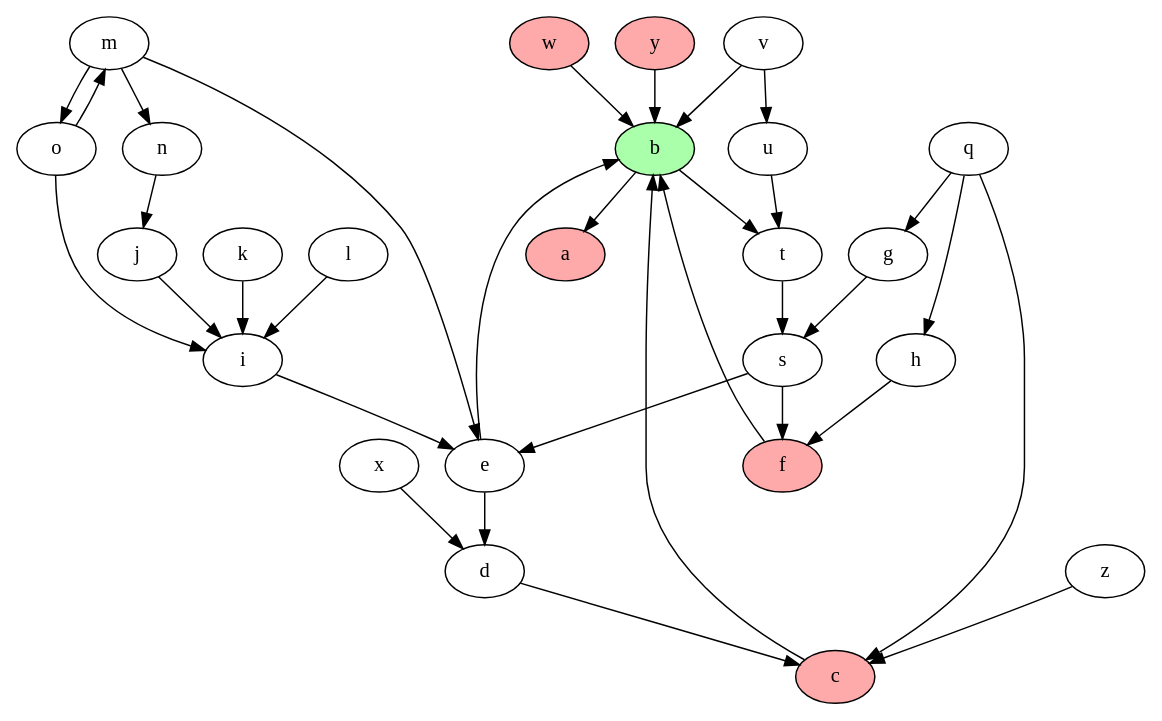
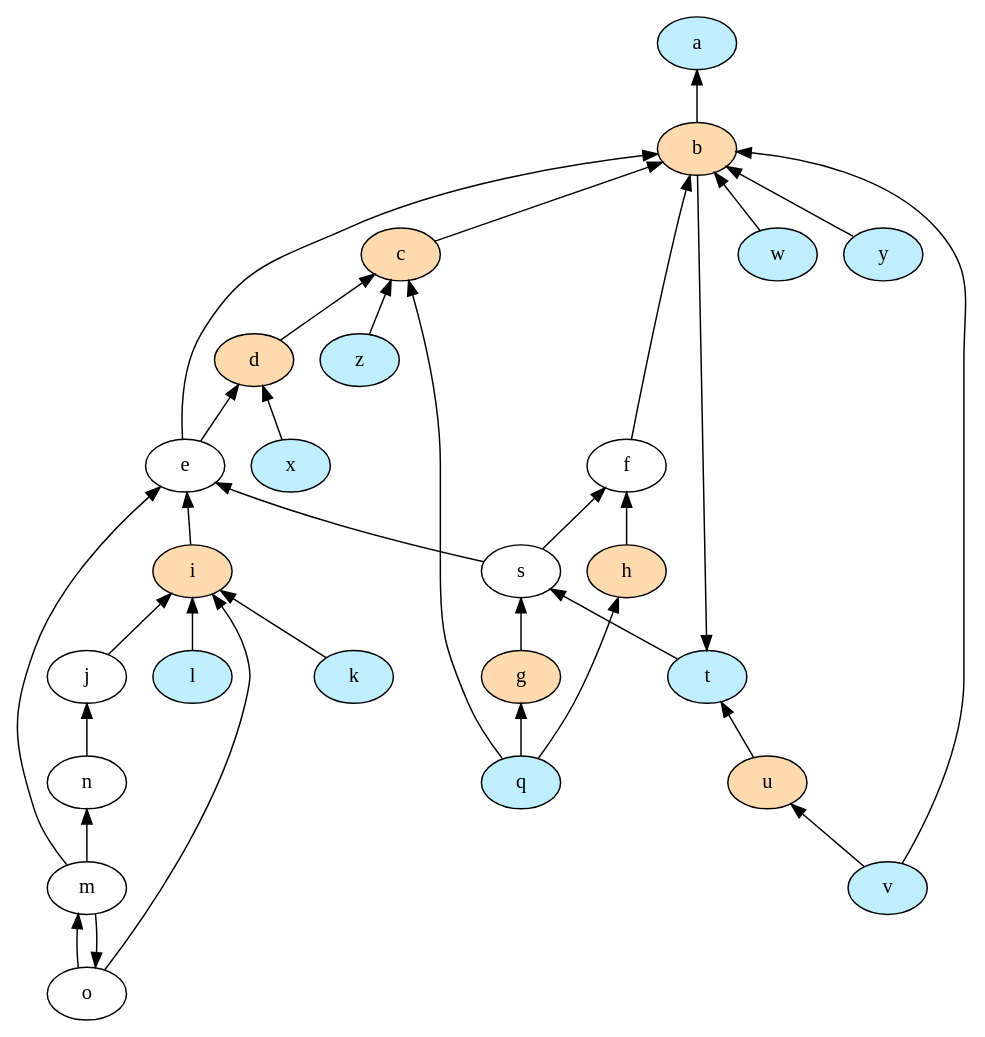
The diagram in XLoKR-2023/2-Statelog_version/output/state_1.2_graph.dot (idaks/Games-and-Argumentation), drawn with Graphviz before and after one commit. The commit also changed 25 other files, not shown here.

Commit message:
fix the input graph

```diff
--- a/XLoKR-2023/2-Statelog_version/output/state_1.2_graph.dot
+++ b/XLoKR-2023/2-Statelog_version/output/state_1.2_graph.dot
@@ -1,46 +1,68 @@
 strict digraph "" {
-	b	[fillcolor="#AAFFAA",
+	a	[fillcolor="#bfefff",
 		style=filled];
-	a	[fillcolor="#FFAAAA",
+	b	[fillcolor="#ffdaaf",
 		style=filled];
-	b -> a	[dir=forward];
-	b -> t	[dir=forward];
-	t -> s	[dir=forward];
-	c	[fillcolor="#FFAAAA",
+	a -> b	[dir=back];
+	c	[fillcolor="#ffdaaf",
 		style=filled];
-	c -> b	[dir=forward];
-	d -> c	[dir=forward];
-	e -> b	[dir=forward];
-	e -> d	[dir=forward];
-	f	[fillcolor="#FFAAAA",
+	b -> c	[dir=back];
+	b -> e	[dir=back];
+	b -> f	[dir=back];
+	v	[fillcolor="#bfefff",
 		style=filled];
-	f -> b	[dir=forward];
-	g -> s	[dir=forward];
-	s -> e	[dir=forward];
-	s -> f	[dir=forward];
-	h -> f	[dir=forward];
-	i -> e	[dir=forward];
-	j -> i	[dir=forward];
-	k -> i	[dir=forward];
-	l -> i	[dir=forward];
-	m -> e	[dir=forward];
-	m -> o	[dir=forward];
-	m -> n	[dir=forward];
-	o -> i	[dir=forward];
-	o -> m	[dir=forward];
-	n -> j	[dir=forward];
-	q -> c	[dir=forward];
-	q -> g	[dir=forward];
-	q -> h	[dir=forward];
-	u -> t	[dir=forward];
-	v -> b	[dir=forward];
-	v -> u	[dir=forward];
-	w	[fillcolor="#FFAAAA",
+	b -> v	[dir=back];
+	w	[fillcolor="#bfefff",
 		style=filled];
-	w -> b	[dir=forward];
-	x -> d	[dir=forward];
-	y	[fillcolor="#FFAAAA",
+	b -> w	[dir=back];
+	y	[fillcolor="#bfefff",
 		style=filled];
-	y -> b	[dir=forward];
-	z -> c	[dir=forward];
+	b -> y	[dir=back];
+	t	[fillcolor="#bfefff",
+		style=filled];
+	t -> b	[dir=back];
+	u	[fillcolor="#ffdaaf",
+		style=filled];
+	t -> u	[dir=back];
+	d	[fillcolor="#ffdaaf",
+		style=filled];
+	c -> d	[dir=back];
+	q	[fillcolor="#bfefff",
+		style=filled];
+	c -> q	[dir=back];
+	z	[fillcolor="#bfefff",
+		style=filled];
+	c -> z	[dir=back];
+	d -> e	[dir=back];
+	x	[fillcolor="#bfefff",
+		style=filled];
+	d -> x	[dir=back];
+	e -> s	[dir=back];
+	i	[fillcolor="#ffdaaf",
+		style=filled];
+	e -> i	[dir=back];
+	e -> m	[dir=back];
+	f -> s	[dir=back];
+	h	[fillcolor="#ffdaaf",
+		style=filled];
+	f -> h	[dir=back];
+	s -> t	[dir=back];
+	g	[fillcolor="#ffdaaf",
+		style=filled];
+	s -> g	[dir=back];
+	g -> q	[dir=back];
+	h -> q	[dir=back];
+	i -> j	[dir=back];
+	k	[fillcolor="#bfefff",
+		style=filled];
+	i -> k	[dir=back];
+	l	[fillcolor="#bfefff",
+		style=filled];
+	i -> l	[dir=back];
+	i -> o	[dir=back];
+	j -> n	[dir=back];
+	m -> o	[dir=back];
+	o -> m	[dir=back];
+	n -> m	[dir=back];
+	u -> v	[dir=back];
 }
```
